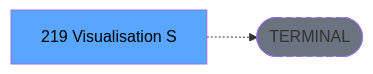
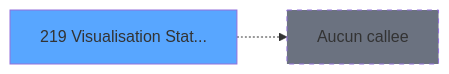
Before and after one commit to thonyAGP/magic-migration: the third of 3 diagrams in .openspec/specs/ADH-IDE-219.md, drawn with Mermaid. The commit also changed other lines of this file and 493 other files, not shown here.

````diff
--- a/.openspec/specs/ADH-IDE-219.md
+++ b/.openspec/specs/ADH-IDE-219.md
@@ -139,8 +160,8 @@
 ```mermaid
 graph LR
-    T[219 Visualisation S]
-    TERM([TERMINAL])
-    T -.-> TERM
-    style TERM fill:#6b7280,stroke-dasharray: 5 5
-    style T fill:#58a6ff,color:#000
+    T219[219 Visualisation Stat...]
+    style T219 fill:#58a6ff
+    NONE[Aucun callee]
+    T219 -.-> NONE
+    style NONE fill:#6b7280,stroke-dasharray: 5 5
 ```
````
